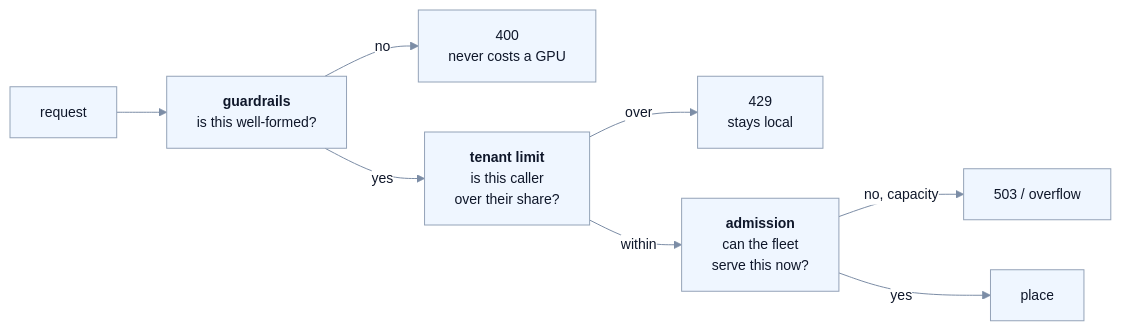
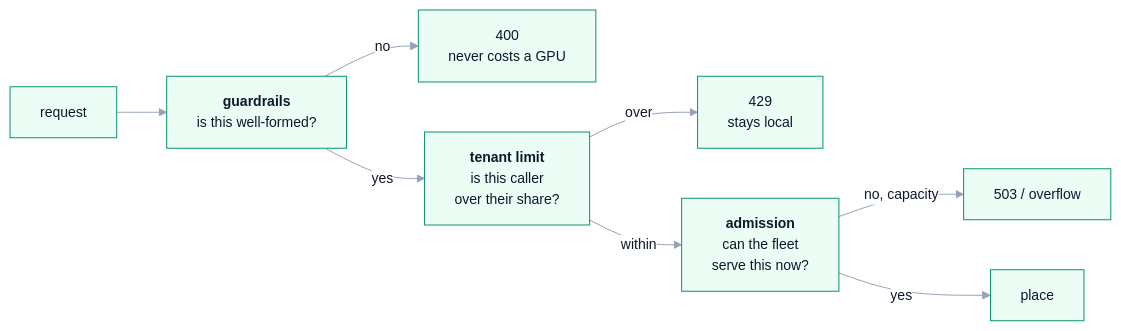
The diagram in docs/project/03-admission.md (harshuljain13/Dodona), drawn with Mermaid before and after one commit. The commit also changed 15 other files, not shown here.

````diff
--- a/docs/project/03-admission.md
+++ b/docs/project/03-admission.md
@@ -6,18 +6,18 @@
 ```mermaid
 %%{init: {'theme':'base','themeVariables':{
   'fontFamily':'ui-sans-serif, -apple-system, Segoe UI, Inter, Helvetica, Arial, sans-serif','fontSize':'14px',
-  'primaryColor':'#eff6ff','primaryTextColor':'#0f172a','primaryBorderColor':'#94a3b8',
-  'secondaryColor':'#f1f5f9','tertiaryColor':'#f8fafc',
-  'lineColor':'#7c8da6','textColor':'#1e293b',
-  'clusterBkg':'#f8fafc','clusterBorder':'#cbd5e1',
-  'edgeLabelBackground':'#ffffff','nodeBorder':'#94a3b8'
+  'primaryColor':'#ecfdf5','primaryTextColor':'#0f172a','primaryBorderColor':'#059669',
+  'secondaryColor':'#f8fafc','tertiaryColor':'#ffffff',
+  'lineColor':'#94a3b8','textColor':'#1e293b',
+  'clusterBkg':'#ffffff','clusterBorder':'#a7f3d0',
+  'edgeLabelBackground':'#ffffff','nodeBorder':'#059669'
 }}}%%
 flowchart LR
     REQ["request"] --> G["<b>guardrails</b><br/>is this well-formed?"]
     G -->|"no"| R400["400<br/>never costs a GPU"]
     G -->|"yes"| T["<b>tenant limit</b><br/>is this caller<br/>over their share?"]
     T -->|"over"| R429["429<br/>stays local"]
     T -->|"within"| A["<b>admission</b><br/>can the fleet<br/>serve this now?"]
     A -->|"no, capacity"| R503["503 / overflow"]
     A -->|"yes"| P["place"]
 ```
````
